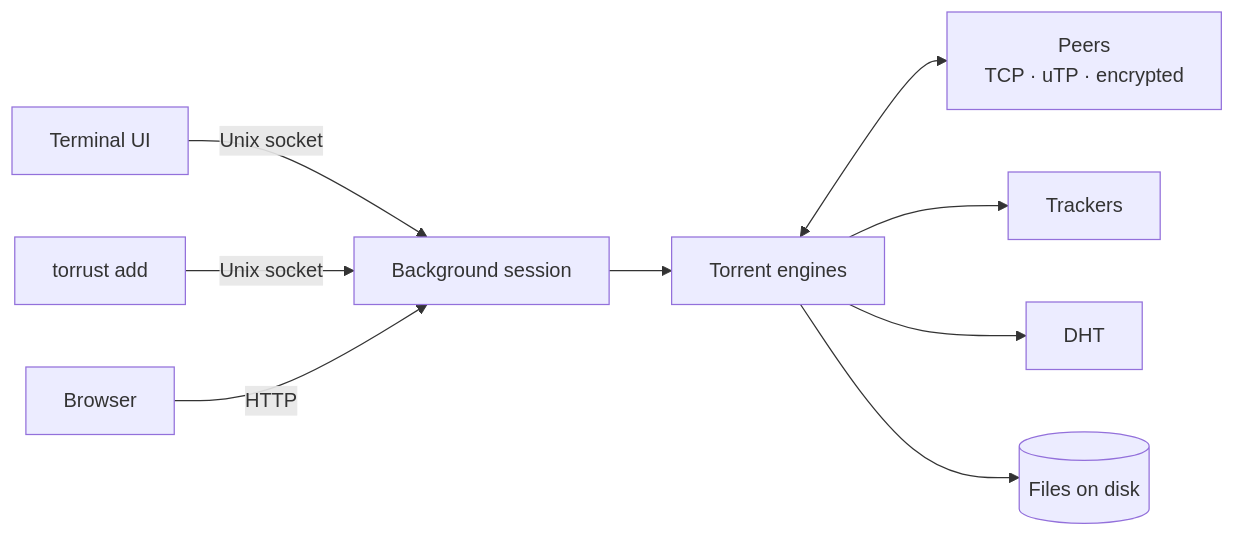
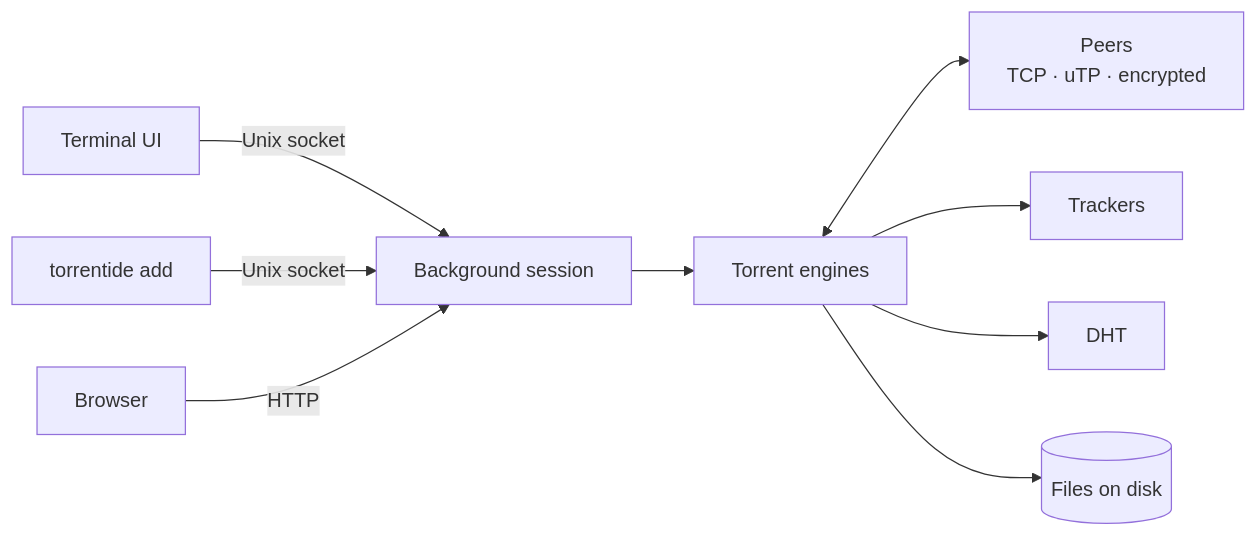
One commit to KhaiNguyenIUH/torrentide changed the diagram in README.md. Above: the diagram before and after it, drawn with Mermaid. The commit also changed other lines of this file and 43 other files, not shown here.

````diff
--- a/README.md
+++ b/README.md
@@ -71,11 +73,11 @@
 ```mermaid
 flowchart LR
     TUI[Terminal UI] -- Unix socket --> S
-    CLI[torrust add] -- Unix socket --> S
+    CLI[torrentide add] -- Unix socket --> S
     Web[Browser] -- HTTP --> S
     S[Background session] --> E[Torrent engines]
     E <--> P[Peers<br/>TCP · uTP · encrypted]
     E --> T[Trackers]
     E --> D[DHT]
     E --> F[(Files on disk)]
 ```
````
